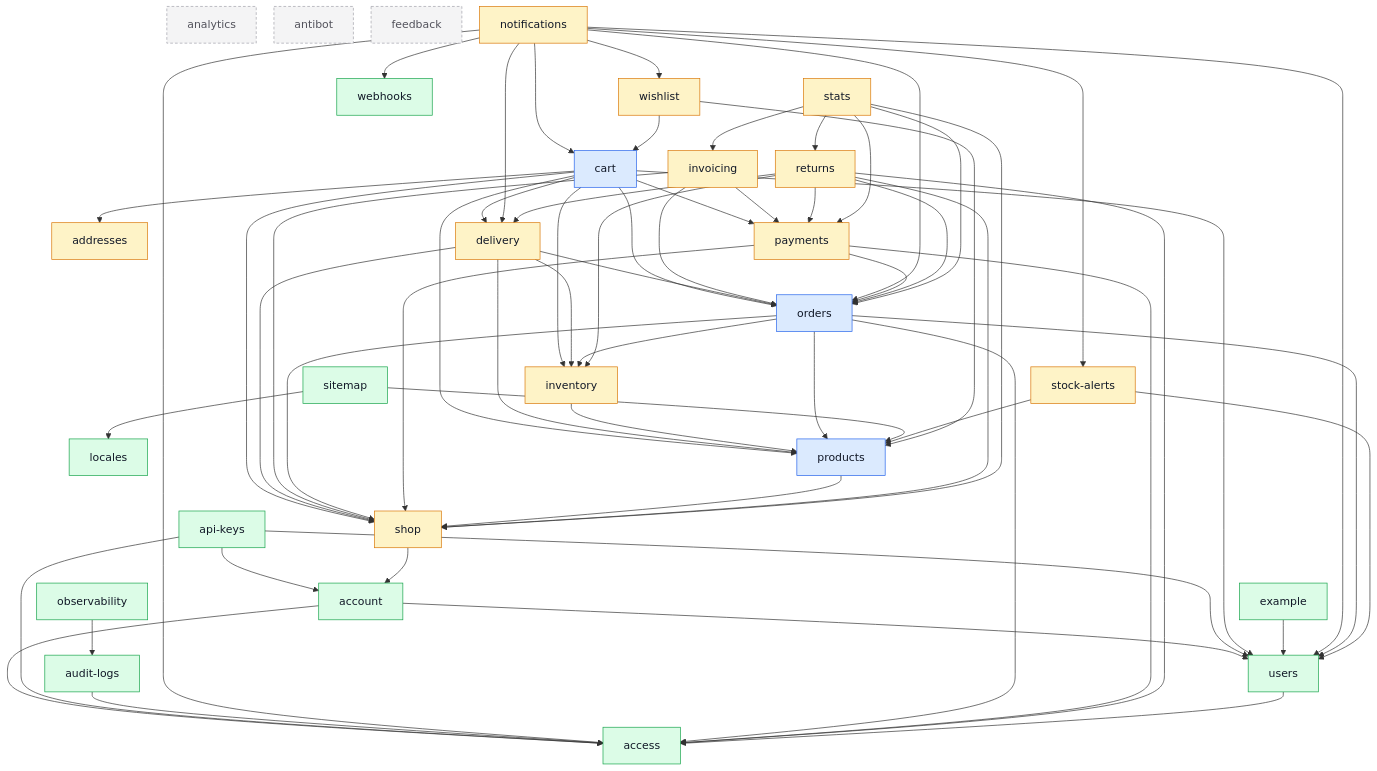
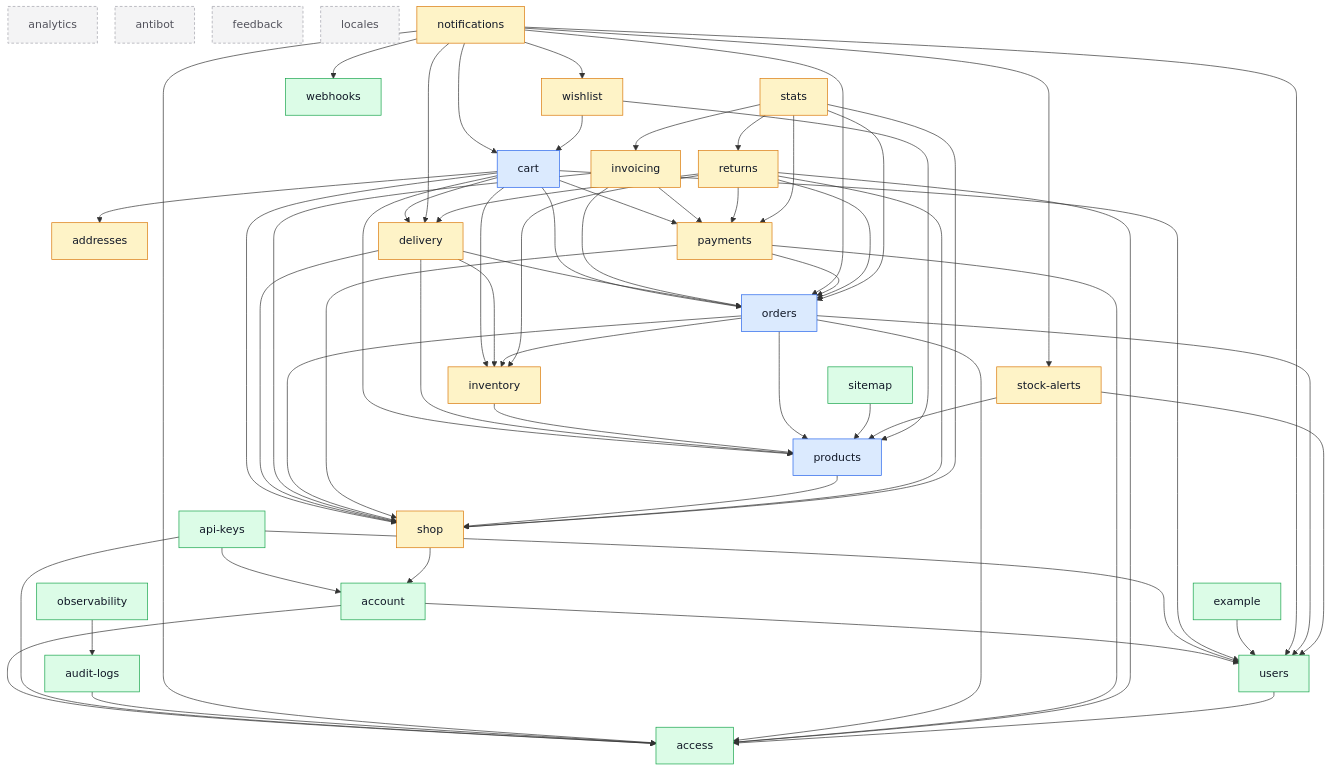
Before and after one commit to Guebbit/boilerplate-node-backend: the diagram in docs/modules/index.md, drawn with Mermaid. The commit also changed other lines of this file and 5 other files, not shown here.

First line of the commit message:
refactor(sitemap): read the served-language list so the module needs no locales

````diff
--- a/docs/modules/index.md
+++ b/docs/modules/index.md
@@ -116,7 +116,6 @@
     returns --> payments
     returns --> shop
     shop --> account
-    sitemap --> locales
     sitemap --> products
     stats --> invoicing
     stats --> orders
@@ -135,6 +134,6 @@
     classDef isolated fill:#f4f4f5,stroke:#a1a1aa,color:#52525b,stroke-dasharray:4 3;
     class cart,orders,products core;
     class addresses,delivery,inventory,invoicing,notifications,payments,returns,shop,stats,stock_alerts,wishlist supporting;
-    class access,account,api_keys,audit_logs,example,locales,observability,sitemap,users,webhooks generic;
-    class analytics,antibot,feedback isolated;
+    class access,account,api_keys,audit_logs,example,observability,sitemap,users,webhooks generic;
+    class analytics,antibot,feedback,locales isolated;
 ```
````
